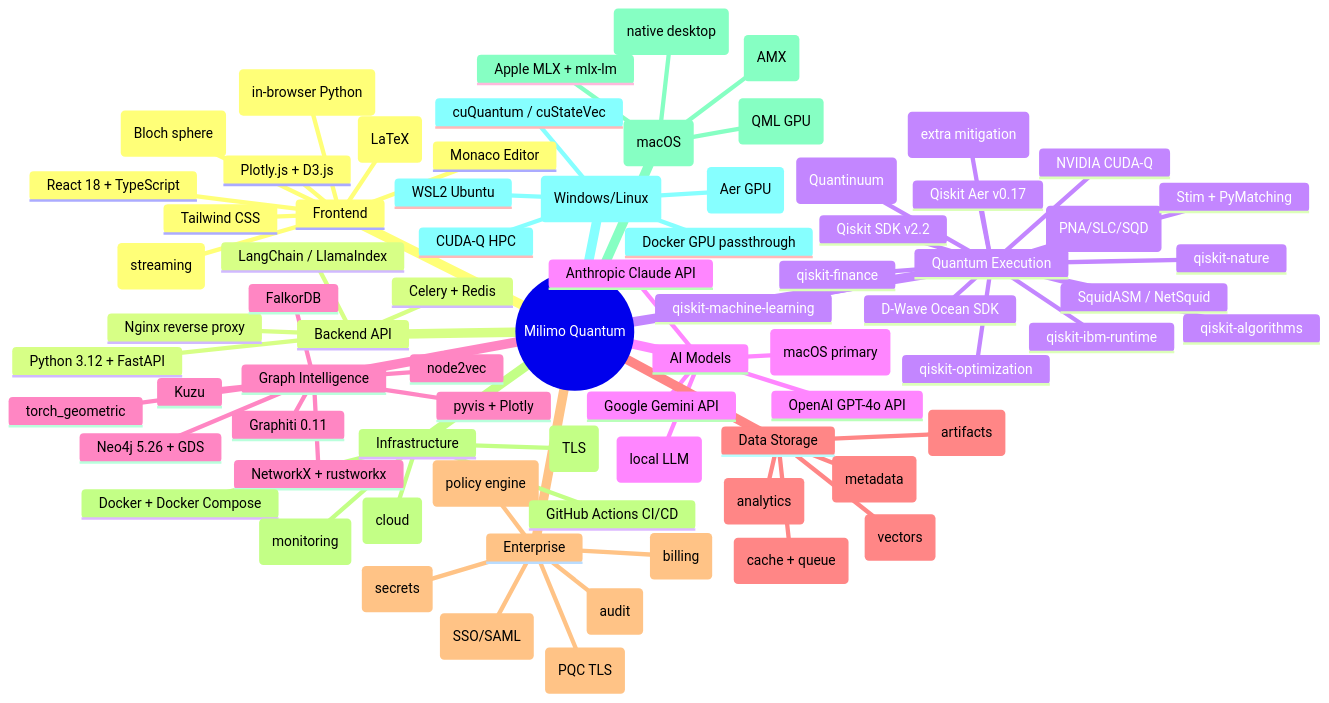
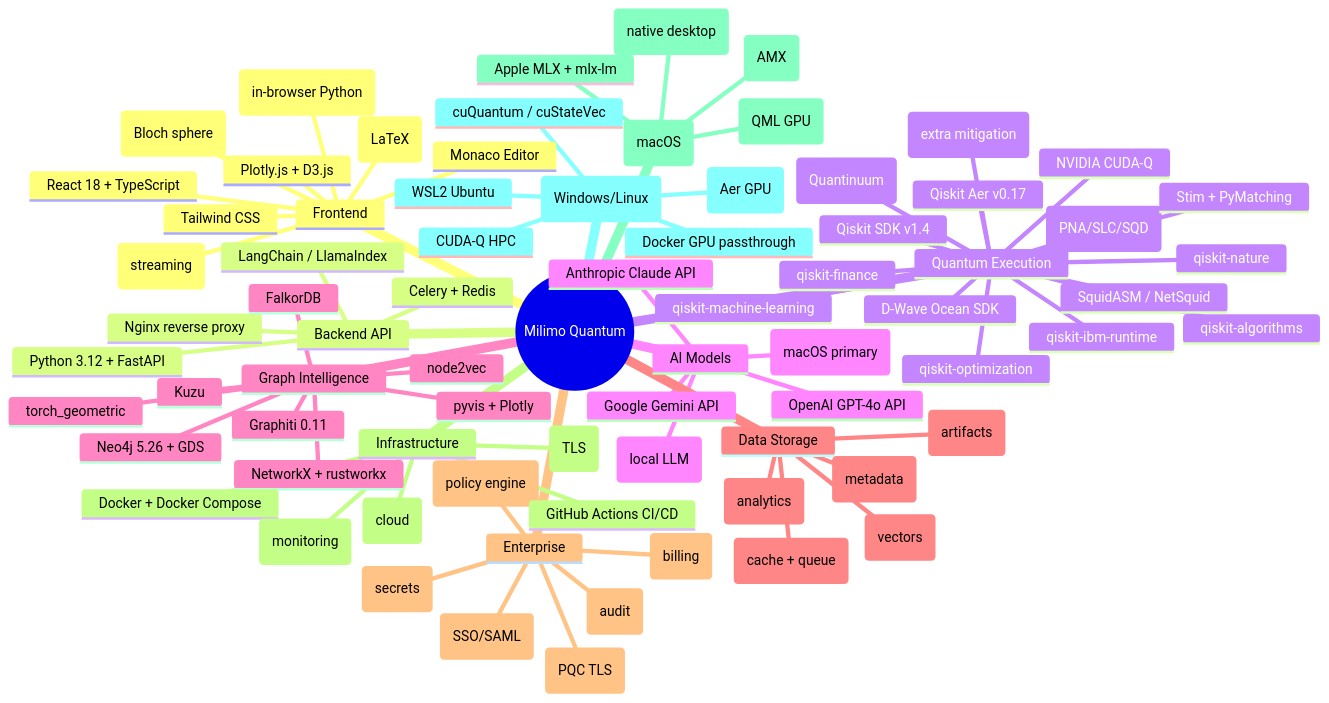
Before and after one commit to mainza-ai/milimoquantum: diagram 16 of 16 in development_docs/MilimoQuantum_Architecture_Diagrams.md, drawn with Mermaid. The commit also changed other lines of this file and 12 other files, not shown here.

````diff
--- a/development_docs/MilimoQuantum_Architecture_Diagrams.md
+++ b/development_docs/MilimoQuantum_Architecture_Diagrams.md
@@ -778,79 +778,79 @@
 ```mermaid
 mindmap
   root((Milimo Quantum))
     Frontend
       React 18 + TypeScript
       Tailwind CSS
       Monaco Editor
       Plotly.js + D3.js
       Three.js (Bloch sphere)
       MathJax (LaTeX)
       Socket.io (streaming)
       Pyodide (in-browser Python)
     Backend API
       Python 3.12 + FastAPI
       LangChain / LlamaIndex
       Celery + Redis
       Nginx reverse proxy
     Quantum Execution
-      Qiskit SDK v2.2
+      Qiskit SDK v1.4
       Qiskit Aer v0.17
       qiskit-ibm-runtime
       qiskit-nature
       qiskit-finance
       qiskit-machine-learning
       qiskit-optimization
       qiskit-algorithms
       Qiskit Addons (PNA/SLC/SQD)
       D-Wave Ocean SDK
       SquidASM / NetSquid
       Stim + PyMatching
       NVIDIA CUDA-Q
       pytket (Quantinuum)
       mitiq (extra mitigation)
     AI Models
       Apple MLX (macOS primary)
       Ollama (local LLM)
       Anthropic Claude API
       OpenAI GPT-4o API
       Google Gemini API
     Graph Intelligence
       Neo4j 5.26 + GDS
       FalkorDB
       Kuzu
       Graphiti 0.11
       NetworkX + rustworkx
       torch_geometric
       node2vec
       pyvis + Plotly
     Data Storage
       PostgreSQL (metadata)
       DuckDB (analytics)
       ChromaDB (vectors)
       S3 / MinIO (artifacts)
       Redis (cache + queue)
     Enterprise
       Keycloak (SSO/SAML)
       OPA (policy engine)
       HashiCorp Vault (secrets)
       OpenTelemetry (audit)
       Stripe (billing)
       CRYSTALS-Kyber (PQC TLS)
     Infrastructure
       Docker + Docker Compose
       Kubernetes (cloud)
       GitHub Actions CI/CD
       Grafana (monitoring)
       Let's Encrypt (TLS)
     Platform (macOS)
       Apple MLX + mlx-lm
       PyTorch MPS (QML GPU)
       Accelerate Framework (AMX)
       Tauri (native desktop)
     Platform (Windows/Linux)
       NVIDIA CUDA (Aer GPU)
       cuQuantum / cuStateVec
       CUDA-Q HPC
       WSL2 Ubuntu
       Docker GPU passthrough
 ```
````
